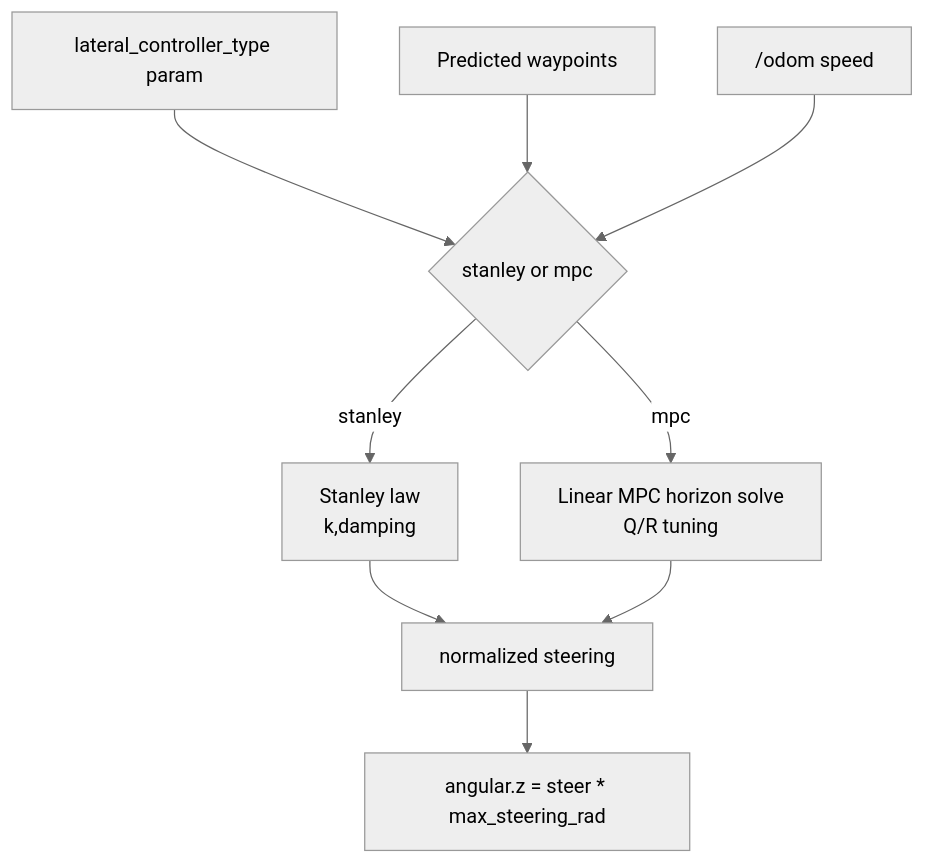
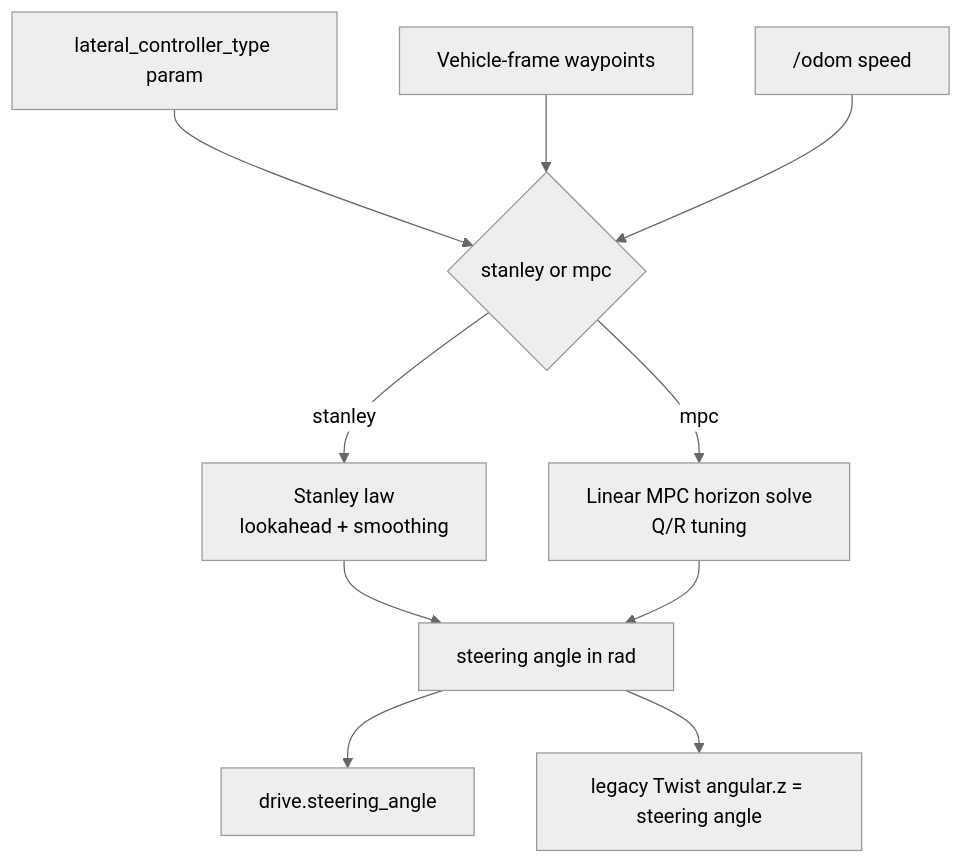
One commit to CagriCatik/JetRacer changed the ninth of 13 diagrams in docs/09_Technical_Architecture.md. Above: the diagram before and after it, drawn with Mermaid (neutral theme). The commit also changed other lines of this file and 19 other files, not shown here.

````diff
--- a/docs/09_Technical_Architecture.md
+++ b/docs/09_Technical_Architecture.md
@@ -384,17 +396,18 @@
 ```mermaid
 flowchart TD
   CFG[lateral_controller_type param]
-  WP2[Predicted waypoints]
+  WP2[Vehicle-frame waypoints]
   ODO2["/odom speed"]
 
   CFG --> SEL{stanley or mpc}
   WP2 --> SEL
   ODO2 --> SEL
 
-  SEL -->|stanley| STAN[Stanley law\nk,damping]
+  SEL -->|stanley| STAN[Stanley law\nlookahead + smoothing]
   SEL -->|mpc| MPC[Linear MPC horizon solve\nQ/R tuning]
 
-  STAN --> OUT[normalized steering]
+  STAN --> OUT[steering angle in rad]
   MPC --> OUT
-  OUT --> AZ[angular.z = steer * max_steering_rad]
+  OUT --> ACK2[drive.steering_angle]
+  OUT --> TW2[legacy Twist angular.z = steering angle]
 ```
````
